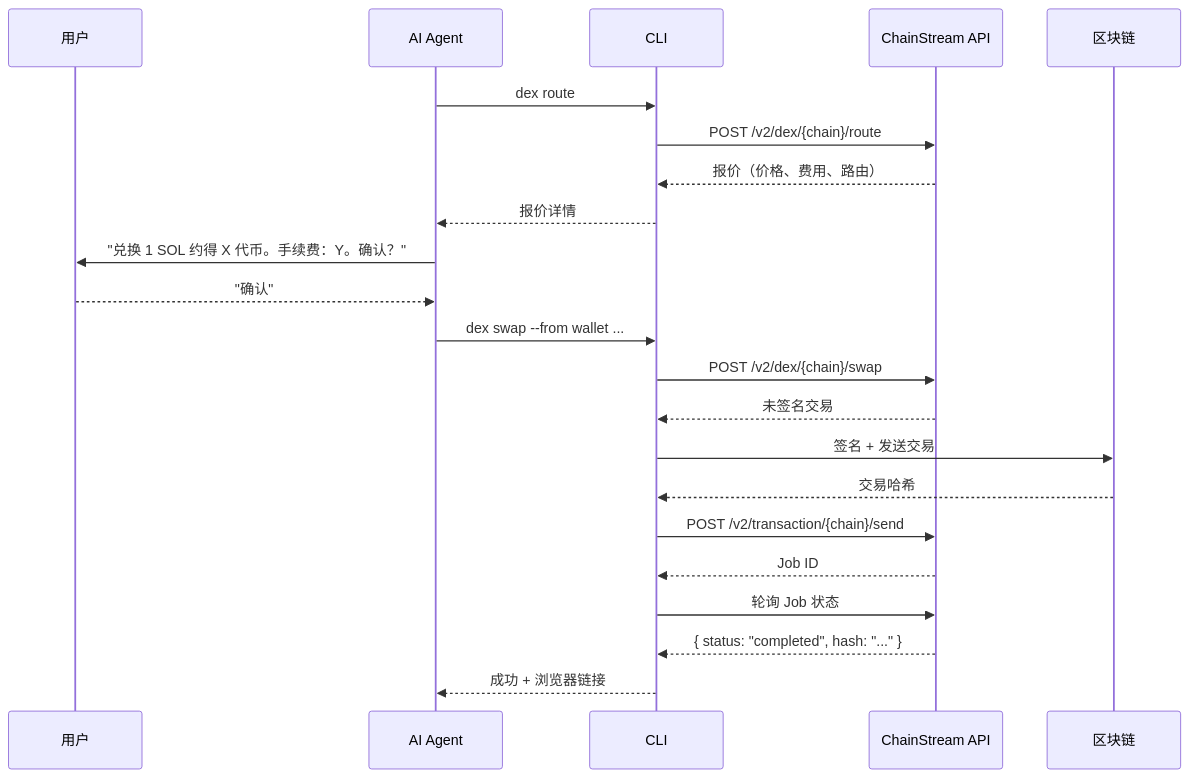
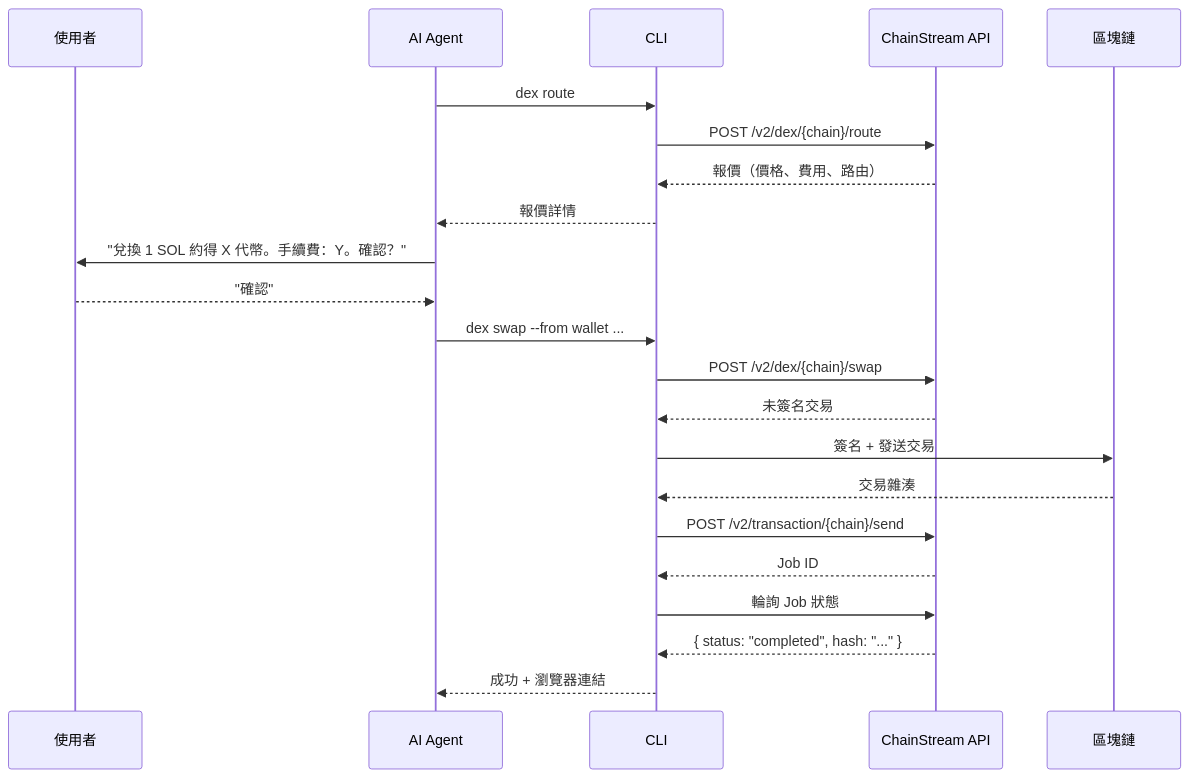
One commit to chainstream-io/docs changed the first of 2 diagrams in zh-Hant/docs/ai-agents/agent-skills/chainstream-defi.mdx. Above: the diagram before and after it, drawn with Mermaid. The commit also changed other lines of this file and 551 other files, not shown here.

````diff
--- a/zh-Hant/docs/ai-agents/agent-skills/chainstream-defi.mdx
+++ b/zh-Hant/docs/ai-agents/agent-skills/chainstream-defi.mdx
@@ -36,28 +36,28 @@
 ```mermaid
 sequenceDiagram
-  participant User as 用户
+  participant User as 使用者
   participant Agent as AI Agent
   participant CLI
   participant API as ChainStream API
-  participant Chain as 区块链
+  participant Chain as 區塊鏈
 
   Agent->>CLI: dex route
   CLI->>API: POST /v2/dex/{chain}/route
-  API-->>CLI: 报价（价格、费用、路由）
-  CLI-->>Agent: 报价详情
+  API-->>CLI: 報價（價格、費用、路由）
+  CLI-->>Agent: 報價詳情
 
-  Agent->>User: "兑换 1 SOL 约得 X 代币。手续费：Y。确认？"
-  User-->>Agent: "确认"
+  Agent->>User: "兌換 1 SOL 約得 X 代幣。手續費：Y。確認？"
+  User-->>Agent: "確認"
 
   Agent->>CLI: dex swap --from wallet ...
   CLI->>API: POST /v2/dex/{chain}/swap
-  API-->>CLI: 未签名交易
-  CLI->>Chain: 签名 + 发送交易
-  Chain-->>CLI: 交易哈希
+  API-->>CLI: 未簽名交易
+  CLI->>Chain: 簽名 + 發送交易
+  Chain-->>CLI: 交易雜湊
   CLI->>API: POST /v2/transaction/{chain}/send
   API-->>CLI: Job ID
 
-  CLI->>API: 轮询 Job 状态
+  CLI->>API: 輪詢 Job 狀態
   API-->>CLI: { status: "completed", hash: "..." }
-  CLI-->>Agent: 成功 + 浏览器链接
+  CLI-->>Agent: 成功 + 瀏覽器連結
 ```
````
